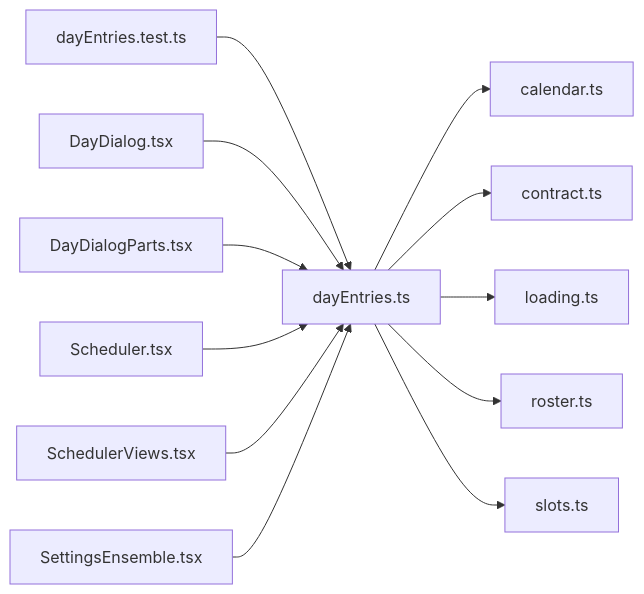
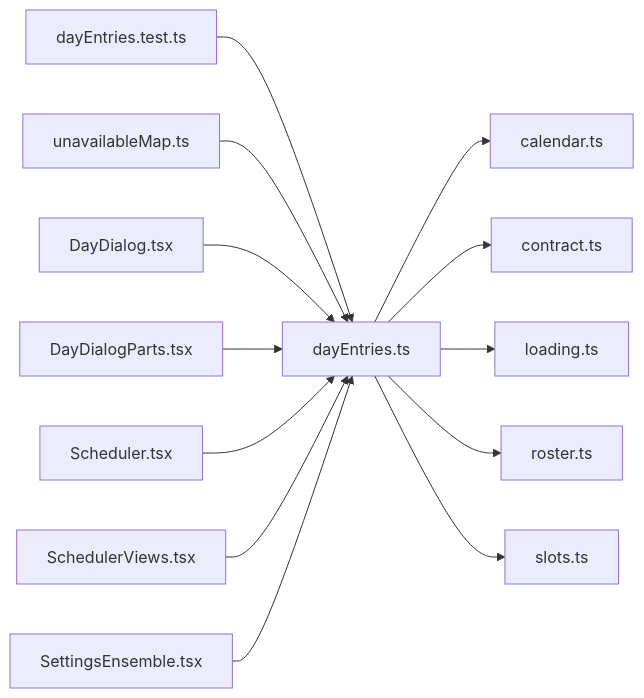
The diagram in .cluedoc/graph/frontend/src/lib/dayEntries.md (minkong-dev/Banblit), drawn with Mermaid before and after one commit. The commit also changed other lines of this file and 37 other files, not shown here.

````diff
--- a/.cluedoc/graph/frontend/src/lib/dayEntries.md
+++ b/.cluedoc/graph/frontend/src/lib/dayEntries.md
@@ -10,15 +10,16 @@
 ```mermaid
 flowchart LR
   frontend_src_lib_dayEntries["dayEntries.ts"]
   frontend_src_lib_dayEntries --> frontend_src_lib_calendar["calendar.ts"]
   frontend_src_lib_dayEntries --> frontend_src_lib_contract["contract.ts"]
   frontend_src_lib_dayEntries --> frontend_src_lib_loading["loading.ts"]
   frontend_src_lib_dayEntries --> frontend_src_lib_roster["roster.ts"]
   frontend_src_lib_dayEntries --> frontend_src_lib_slots["slots.ts"]
   frontend_src_lib_dayEntries_test["dayEntries.test.ts"] --> frontend_src_lib_dayEntries
+  frontend_src_lib_unavailableMap["unavailableMap.ts"] --> frontend_src_lib_dayEntries
   frontend_src_routes_DayDialog["DayDialog.tsx"] --> frontend_src_lib_dayEntries
   frontend_src_routes_DayDialogParts["DayDialogParts.tsx"] --> frontend_src_lib_dayEntries
   frontend_src_routes_Scheduler["Scheduler.tsx"] --> frontend_src_lib_dayEntries
   frontend_src_routes_SchedulerViews["SchedulerViews.tsx"] --> frontend_src_lib_dayEntries
   frontend_src_routes_SettingsEnsemble["SettingsEnsemble.tsx"] --> frontend_src_lib_dayEntries
 ```
````
